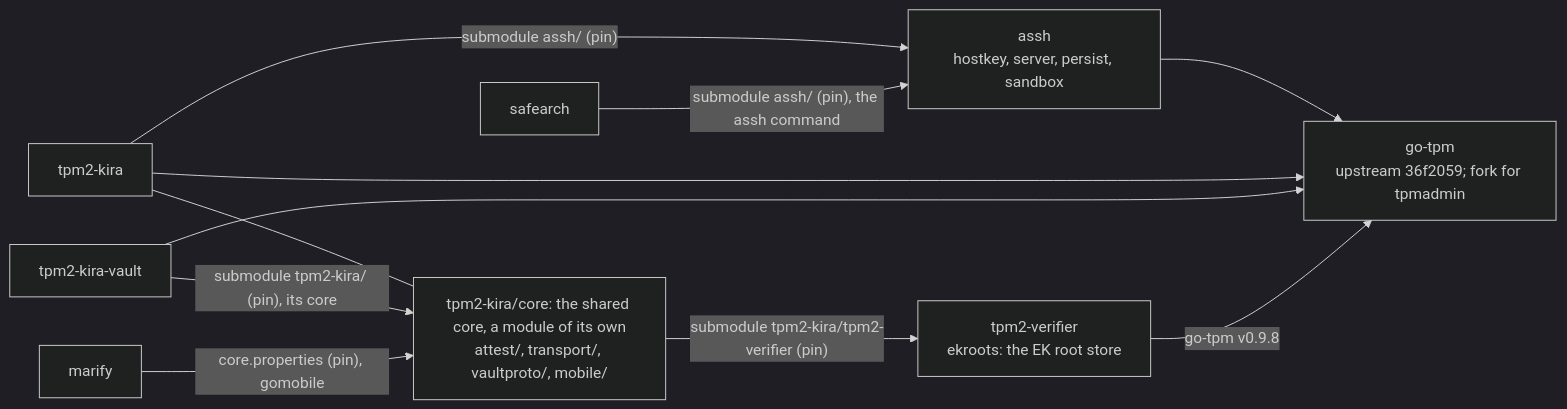
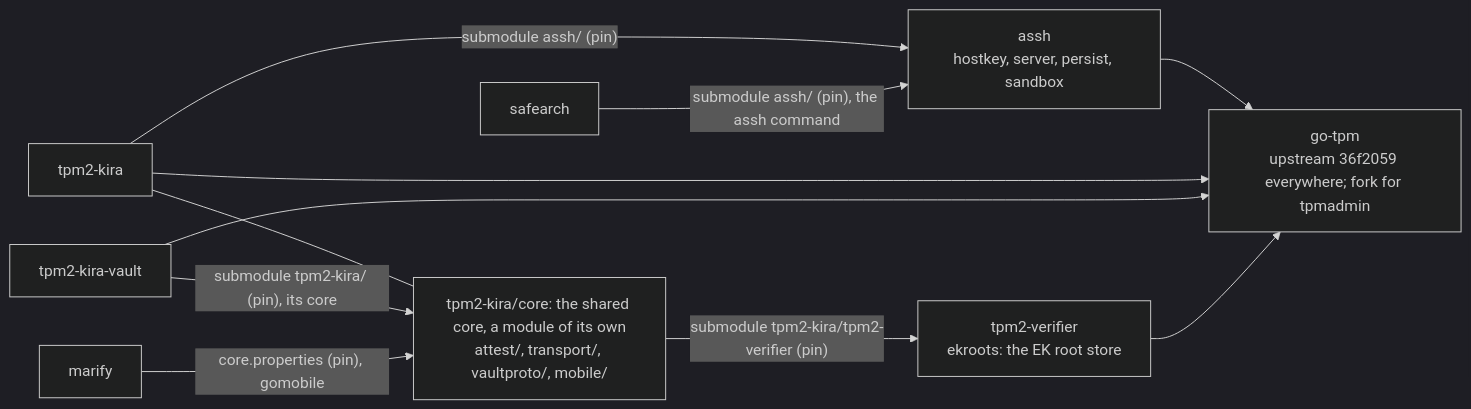
One commit to tpm2-trust/tpm2-trust changed the diagram in AGENTS.md. Above: the diagram before and after it, drawn with Mermaid (dark theme). The commit also changed other lines of this file and 2 other files, not shown here.

Commit message:
pin status compares go-tpm in every module; PLAN: step 4 done

````diff
--- a/AGENTS.md
+++ b/AGENTS.md
@@ -106,19 +106,19 @@
 ```mermaid
 flowchart LR
   ASSH["assh<br/>hostkey, server, persist, sandbox"]
   KIRA["tpm2-kira"]
   CORE["tpm2-kira/core: the shared core, a module of its own<br/>attest/, transport/, vaultproto/, mobile/"]
   VAULT["tpm2-kira-vault"]
   MARIFY["marify"]
   SAFE["safearch"]
   VER["tpm2-verifier<br/>ekroots: the EK root store"]
-  GOTPM["go-tpm<br/>upstream 36f2059; fork for tpmadmin"]
+  GOTPM["go-tpm<br/>upstream 36f2059 everywhere; fork for tpmadmin"]
   KIRA -->|"submodule assh/ (pin)"| ASSH
   SAFE -->|"submodule assh/ (pin), the assh command"| ASSH
   KIRA --- CORE
   VAULT -->|"submodule tpm2-kira/ (pin), its core"| CORE
   MARIFY -->|"core.properties (pin), gomobile"| CORE
   CORE -->|"submodule tpm2-kira/tpm2-verifier (pin)"| VER
   ASSH & KIRA & VAULT --> GOTPM
-  VER -->|"go-tpm v0.9.8"| GOTPM
+  VER --> GOTPM
 ```
````
